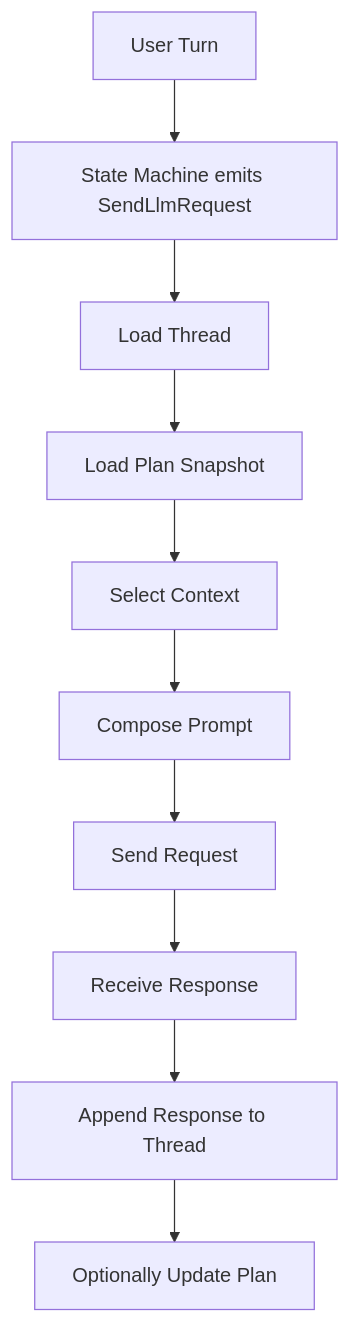
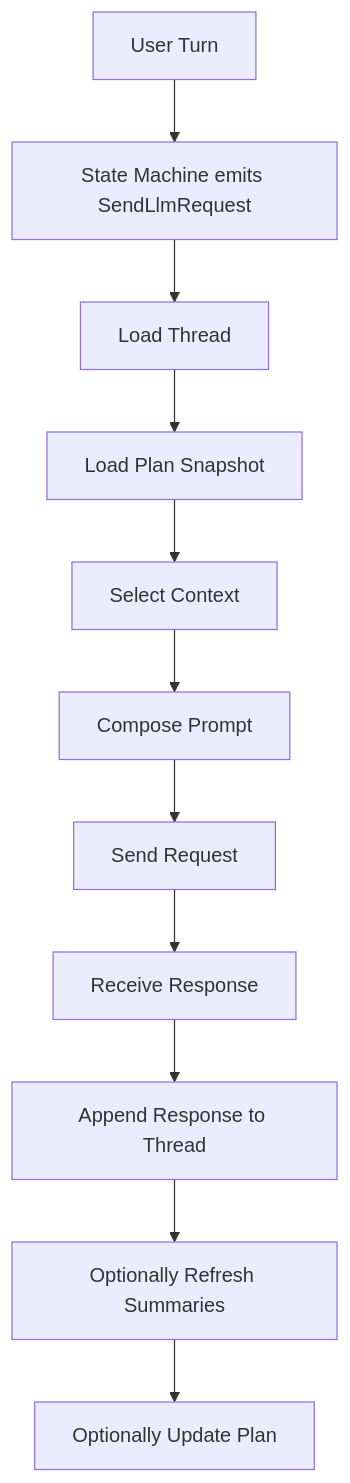
Before and after one commit to charles-chenzz/loom: the third of 3 diagrams in docs/agent-go-reimplementation-plan.md, drawn with Mermaid. The commit also changed other lines of this file, not shown here.

Commit message:
redesign context/prompt/plan

````diff
--- a/docs/agent-go-reimplementation-plan.md
+++ b/docs/agent-go-reimplementation-plan.md
@@ -751,12 +940,13 @@
 ```mermaid
 flowchart TD
     A[User Turn] --> B[State Machine emits SendLlmRequest]
     B --> C[Load Thread]
     C --> D[Load Plan Snapshot]
     D --> E[Select Context]
     E --> F[Compose Prompt]
     F --> G[Send Request]
     G --> H[Receive Response]
     H --> I[Append Response to Thread]
-    I --> J[Optionally Update Plan]
+    I --> J[Optionally Refresh Summaries]
+    J --> K[Optionally Update Plan]
 ```
````
